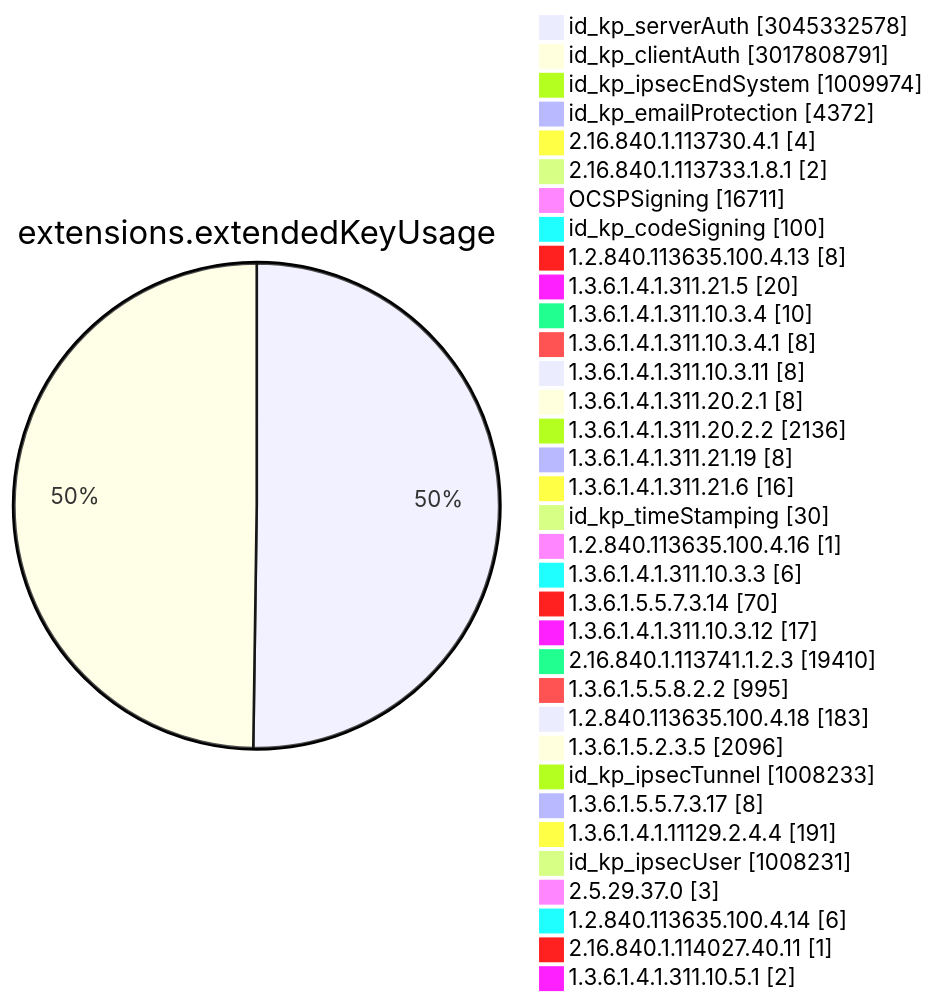
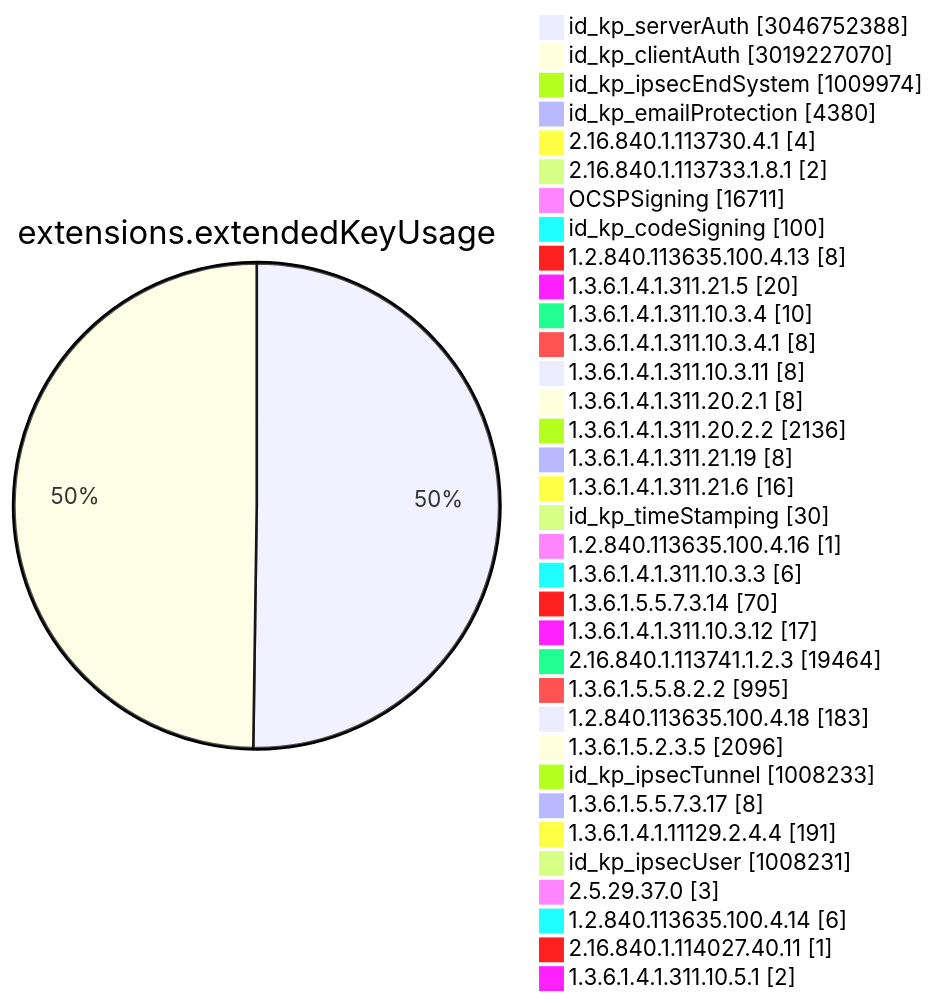
Diagram 11 of 15 in TOTAL/README.md (christiankrug/ctmonitor_visualization), drawn with Mermaid before and after one commit. The commit also changed other lines of this file, not shown here.

````diff
--- a/TOTAL/README.md
+++ b/TOTAL/README.md
@@ -4117,38 +4118,38 @@
 ```mermaid
 pie showData
 title extensions.extendedKeyUsage
-"id_kp_serverAuth" :3045332578
-"id_kp_clientAuth" :3017808791
+"id_kp_serverAuth" :3046752388
+"id_kp_clientAuth" :3019227070
 "id_kp_ipsecEndSystem" :1009974
-"id_kp_emailProtection" :4372
+"id_kp_emailProtection" :4380
 "2.16.840.1.113730.4.1" :4
 "2.16.840.1.113733.1.8.1" :2
 "OCSPSigning" :16711
 "id_kp_codeSigning" :100
 "1.2.840.113635.100.4.13" :8
 "1.3.6.1.4.1.311.21.5" :20
 "1.3.6.1.4.1.311.10.3.4" :10
 "1.3.6.1.4.1.311.10.3.4.1" :8
 "1.3.6.1.4.1.311.10.3.11" :8
 "1.3.6.1.4.1.311.20.2.1" :8
 "1.3.6.1.4.1.311.20.2.2" :2136
 "1.3.6.1.4.1.311.21.19" :8
 "1.3.6.1.4.1.311.21.6" :16
 "id_kp_timeStamping" :30
 "1.2.840.113635.100.4.16" :1
 "1.3.6.1.4.1.311.10.3.3" :6
 "1.3.6.1.5.5.7.3.14" :70
 "1.3.6.1.4.1.311.10.3.12" :17
-"2.16.840.1.113741.1.2.3" :19410
+"2.16.840.1.113741.1.2.3" :19464
 "1.3.6.1.5.5.8.2.2" :995
 "1.2.840.113635.100.4.18" :183
 "1.3.6.1.5.2.3.5" :2096
 "id_kp_ipsecTunnel" :1008233
 "1.3.6.1.5.5.7.3.17" :8
 "1.3.6.1.4.1.11129.2.4.4" :191
 "id_kp_ipsecUser" :1008231
 "2.5.29.37.0" :3
 "1.2.840.113635.100.4.14" :6
 "2.16.840.1.114027.40.11" :1
 "1.3.6.1.4.1.311.10.5.1" :2
 ```
````
